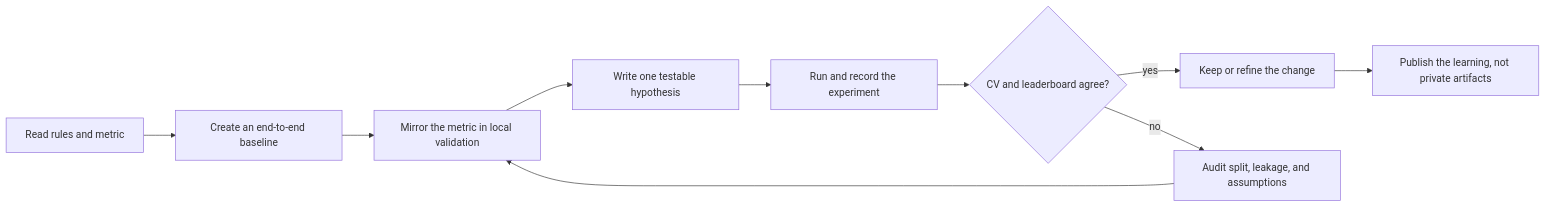
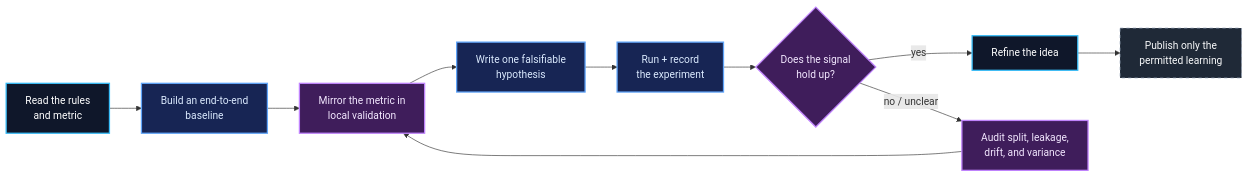
Before and after one commit to PascalAI2024/Kaggle-Portfolio: the first of 3 diagrams in README.md, drawn with Mermaid. The commit also changed other lines of this file and 7 other files, not shown here.

````diff
--- a/README.md
+++ b/README.md
@@ -22,12 +42,17 @@
 ```mermaid
 flowchart LR
-    A[Read rules and metric] --> B[Create an end-to-end baseline]
-    B --> C[Mirror the metric in local validation]
-    C --> D[Write one testable hypothesis]
-    D --> E[Run and record the experiment]
-    E --> F{CV and leaderboard agree?}
-    F -- yes --> G[Keep or refine the change]
-    F -- no --> H[Audit split, leakage, and assumptions]
-    H --> C
-    G --> I[Publish the learning, not private artifacts]
+    classDef proof fill:#0F172A,color:#FFFFFF,stroke:#38BDF8,stroke-width:2px
+    classDef work fill:#172554,color:#DBEAFE,stroke:#60A5FA,stroke-width:2px
+    classDef check fill:#3F1D5B,color:#F3E8FF,stroke:#C084FC,stroke-width:2px
+    classDef boundary fill:#1F2937,color:#F9FAFB,stroke:#94A3B8,stroke-dasharray: 5 5
+
+    R[Read the rules<br/>and metric]:::proof --> B[Build an end-to-end<br/>baseline]:::work
+    B --> V[Mirror the metric in<br/>local validation]:::check
+    V --> H[Write one falsifiable<br/>hypothesis]:::work
+    H --> X[Run + record<br/>the experiment]:::work
+    X --> D{Does the signal<br/>hold up?}:::check
+    D -->|yes| I[Refine the idea]:::proof
+    D -->|no / unclear| A[Audit split, leakage,<br/>drift, and variance]:::check
+    A --> V
+    I --> P[Publish only the<br/>permitted learning]:::boundary
 ```
````
